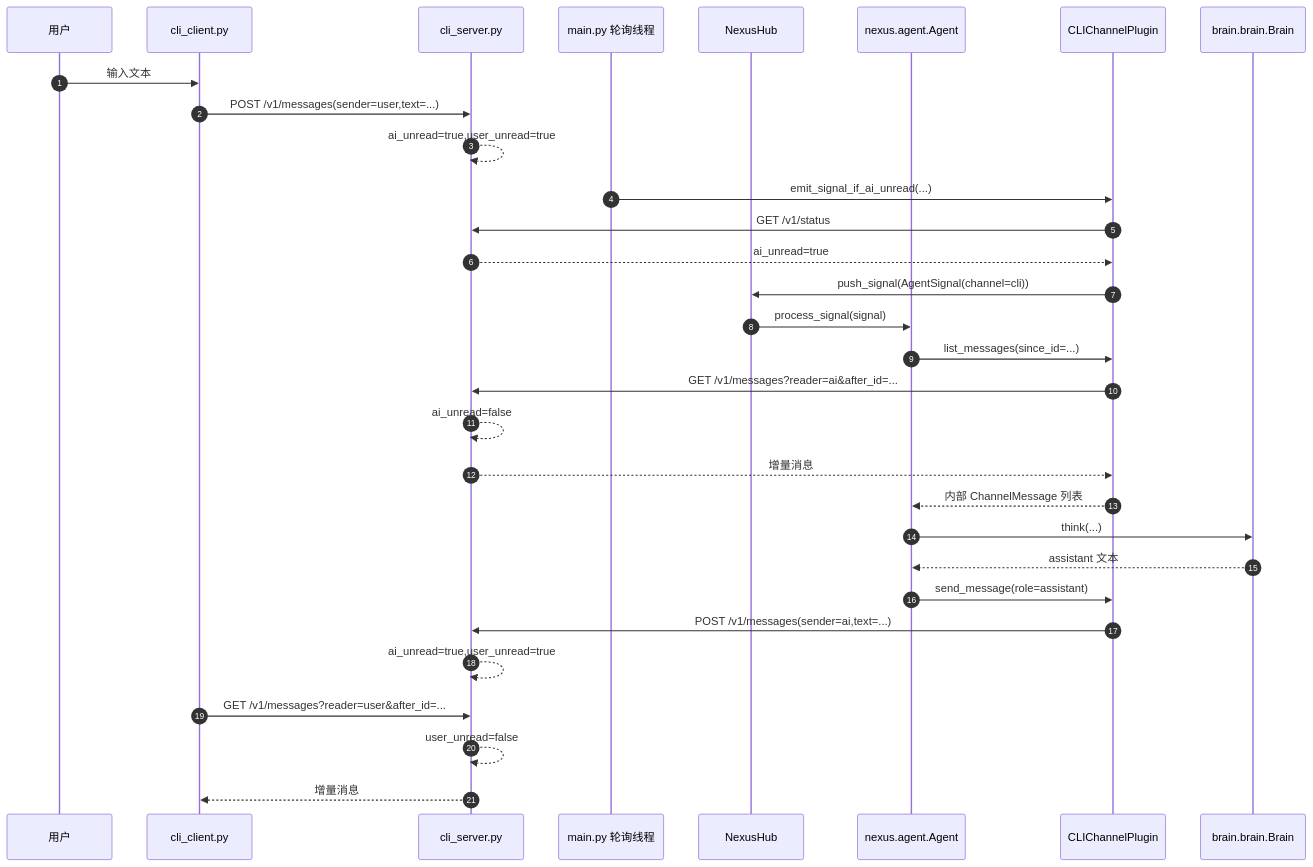
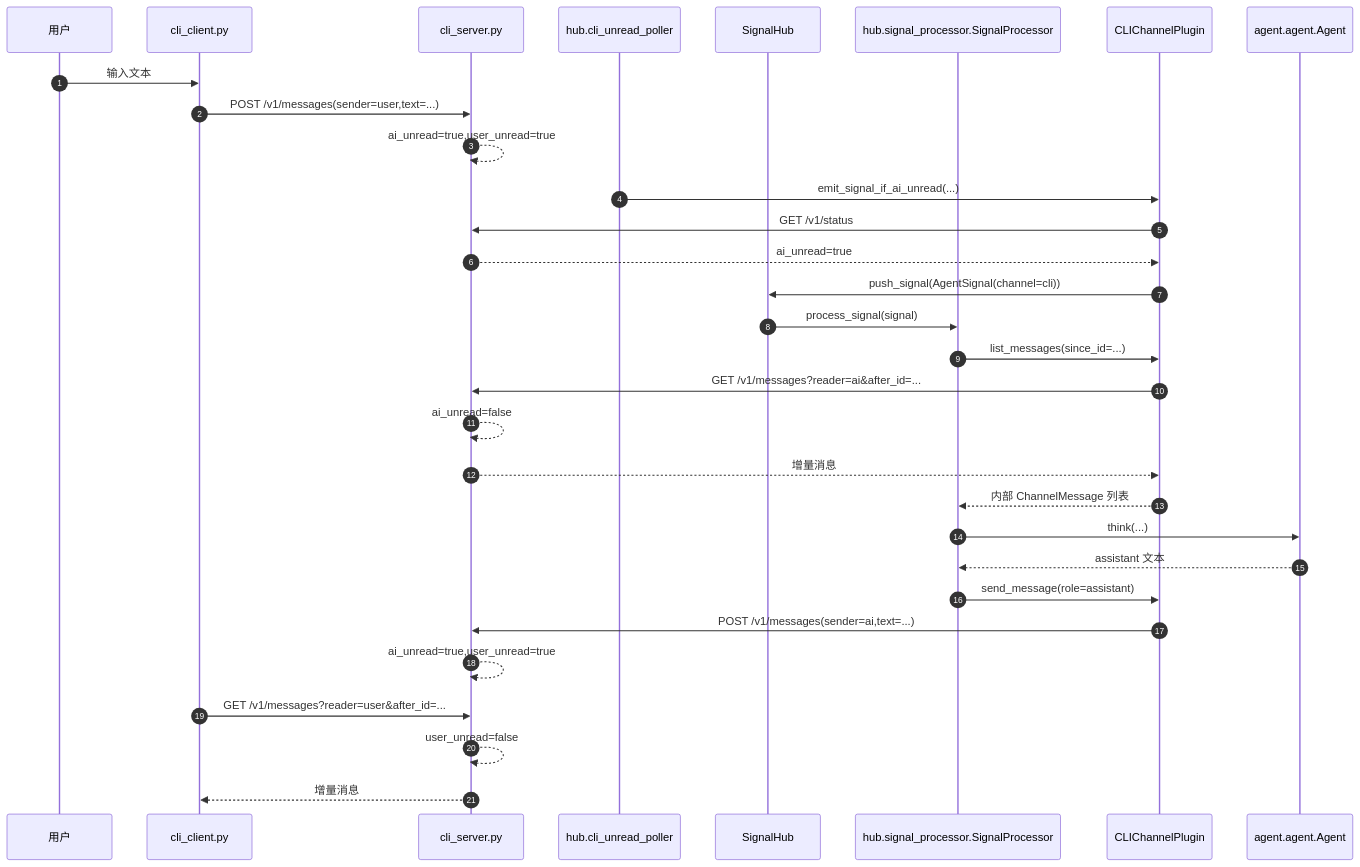
Before and after one commit to tamakara/AIChan: the diagram in docs/3.message-loop.md, drawn with Mermaid. The commit also changed other lines of this file and 21 other files, not shown here.

````diff
--- a/docs/3.message-loop.md
+++ b/docs/3.message-loop.md
@@ -13,34 +13,34 @@
 ```mermaid
 sequenceDiagram
     autonumber
     participant User as 用户
     participant Client as cli_client.py
     participant Server as cli_server.py
-    participant Poller as main.py 轮询线程
-    participant Hub as NexusHub
-    participant Agent as nexus.agent.Agent
+    participant Poller as hub.cli_unread_poller
+    participant Hub as SignalHub
+    participant Processor as hub.signal_processor.SignalProcessor
     participant Channel as CLIChannelPlugin
-    participant Brain as brain.brain.Brain
+    participant Runtime as agent.agent.Agent
 
     User->>Client: 输入文本
     Client->>Server: POST /v1/messages(sender=user,text=...)
     Server-->>Server: ai_unread=true,user_unread=true
     Poller->>Channel: emit_signal_if_ai_unread(...)
     Channel->>Server: GET /v1/status
     Server-->>Channel: ai_unread=true
     Channel->>Hub: push_signal(AgentSignal(channel=cli))
-    Hub->>Agent: process_signal(signal)
-    Agent->>Channel: list_messages(since_id=...)
+    Hub->>Processor: process_signal(signal)
+    Processor->>Channel: list_messages(since_id=...)
     Channel->>Server: GET /v1/messages?reader=ai&after_id=...
     Server-->>Server: ai_unread=false
     Server-->>Channel: 增量消息
-    Channel-->>Agent: 内部 ChannelMessage 列表
-    Agent->>Brain: think(...)
-    Brain-->>Agent: assistant 文本
-    Agent->>Channel: send_message(role=assistant)
+    Channel-->>Processor: 内部 ChannelMessage 列表
+    Processor->>Runtime: think(...)
+    Runtime-->>Processor: assistant 文本
+    Processor->>Channel: send_message(role=assistant)
     Channel->>Server: POST /v1/messages(sender=ai,text=...)
     Server-->>Server: ai_unread=true,user_unread=true
     Client->>Server: GET /v1/messages?reader=user&after_id=...
     Server-->>Server: user_unread=false
     Server-->>Client: 增量消息
 ```
````
